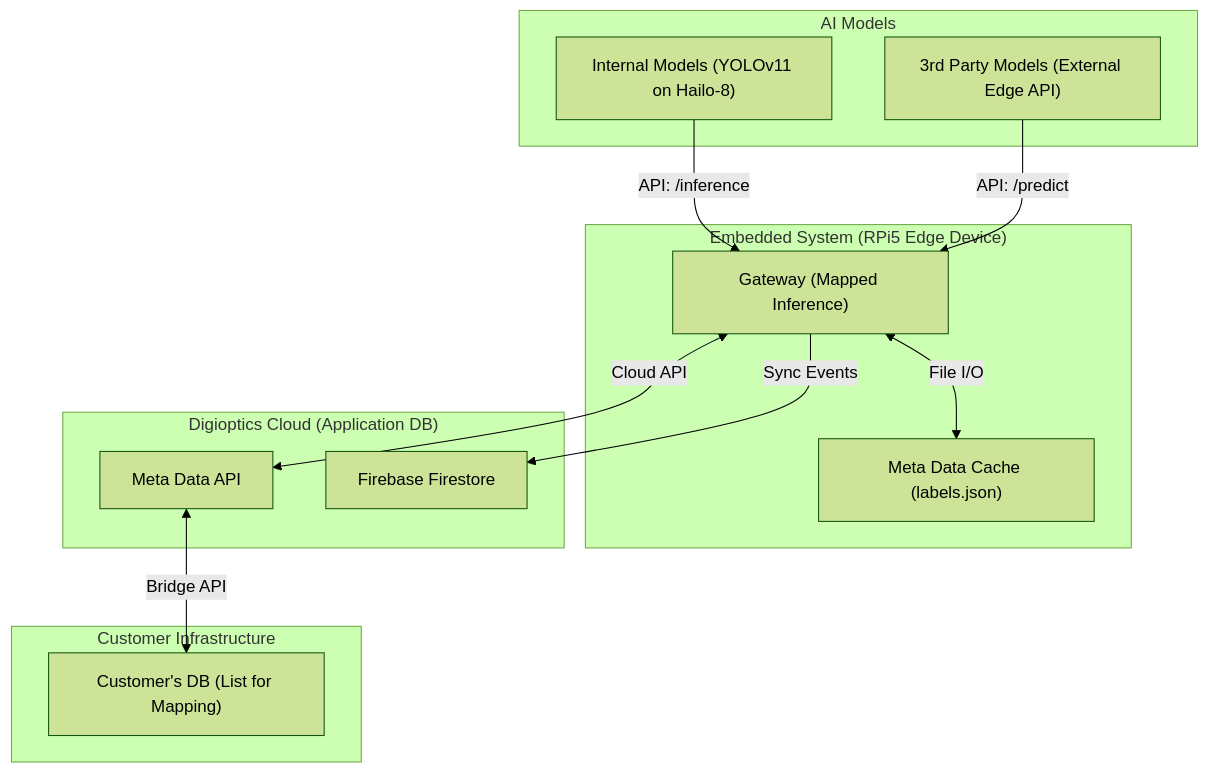
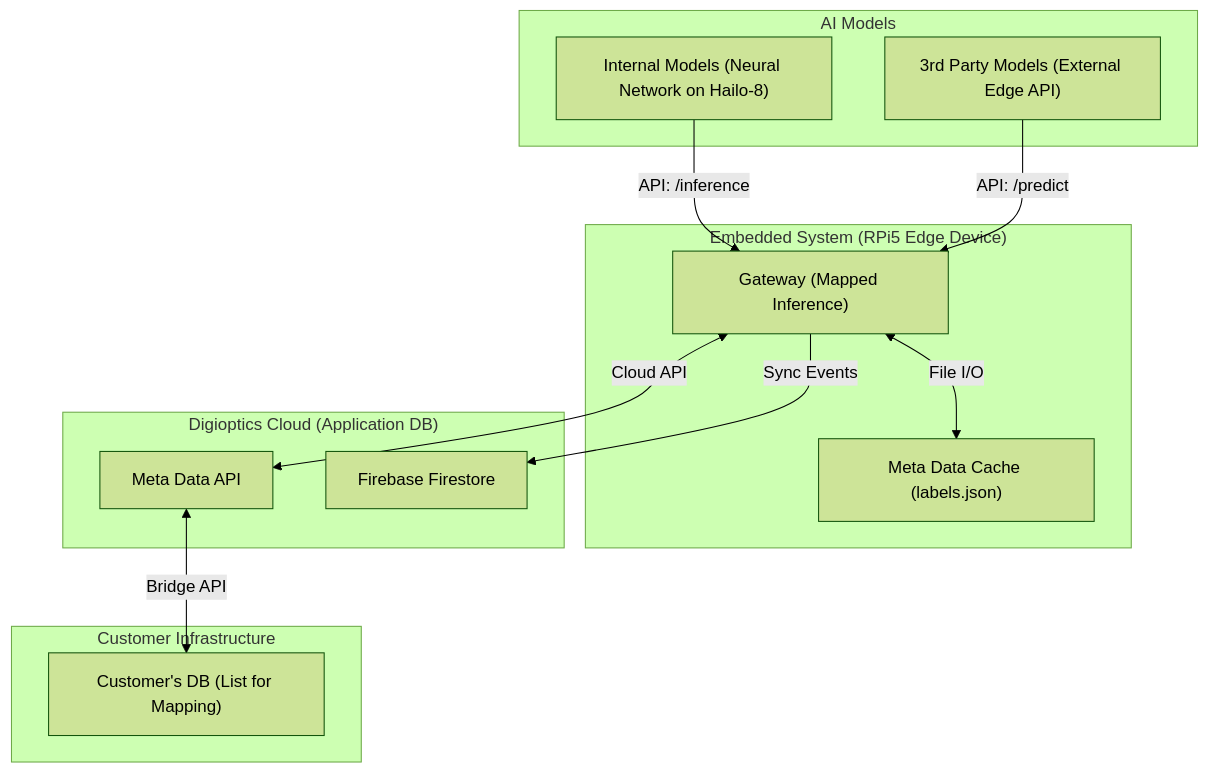
Before and after one commit to zymer4him2024/surgicalai01: the diagram in docs/integration_architecture.md, drawn with Mermaid (forest theme). The commit also changed 69 other files, not shown here.

````diff
--- a/docs/integration_architecture.md
+++ b/docs/integration_architecture.md
@@ -9,29 +9,29 @@
 ```mermaid
 graph TD
     subgraph "AI Models"
-        InternalModel["Internal Models (YOLOv11 on Hailo-8)"]
+        InternalModel["Internal Models (Neural Network on Hailo-8)"]
         ExternalModel["3rd Party Models (External Edge API)"]
     end
 
     subgraph "Embedded System (RPi5 Edge Device)"
         Gateway["Gateway (Mapped Inference)"]
         LocalCache["Meta Data Cache (labels.json)"]
     end
 
     subgraph "Digioptics Cloud (Application DB)"
         MetaDB["Meta Data API"]
         Firestore["Firebase Firestore"]
     end
 
     subgraph "Customer Infrastructure"
         CustomerDB["Customer's DB (List for Mapping)"]
     end
 
     %% Data Flow
     InternalModel -->|API: /inference| Gateway
     ExternalModel -->|API: /predict| Gateway
     Gateway <-->|File I/O| LocalCache
     Gateway <-->|Cloud API| MetaDB
     Gateway -->|Sync Events| Firestore
     MetaDB <-->|Bridge API| CustomerDB
 ```
````
